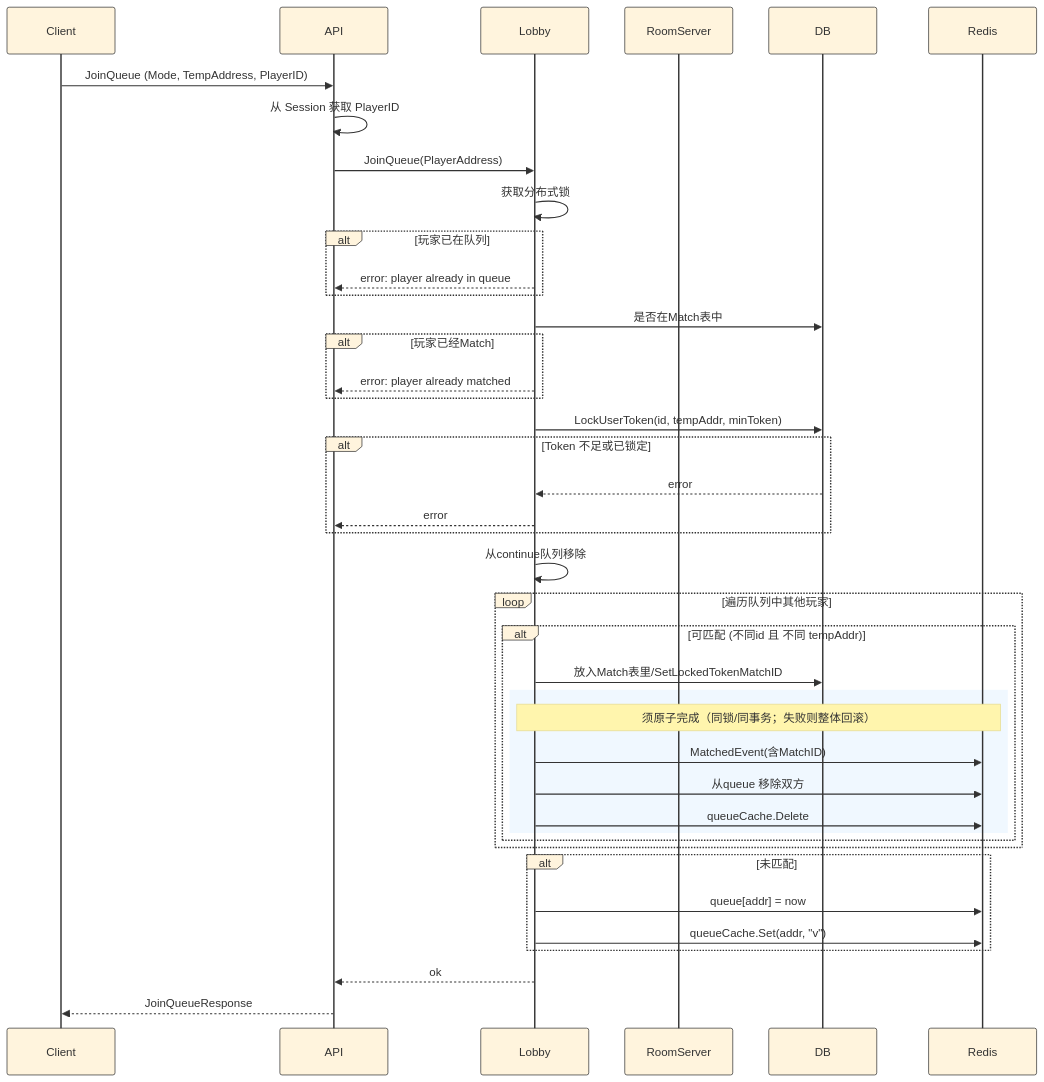
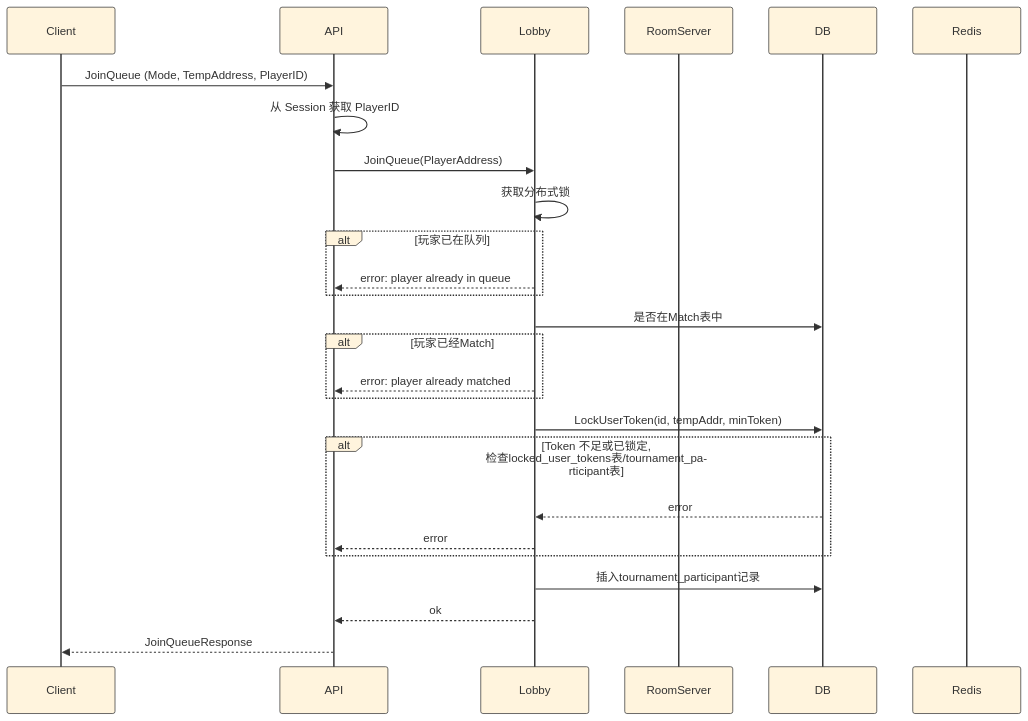
One commit to CryptoElementals/ElementalsAPI changed the first of 6 diagrams in docs/design/pvp-flow.md. Above: the diagram before and after it, drawn with Mermaid. The commit also changed other lines of this file and 3 other files, not shown here.

Commit message:
docs: add tournament-flow

````diff
--- a/docs/design/pvp-flow.md
+++ b/docs/design/pvp-flow.md
@@ -5,52 +5,35 @@
 ```mermaid
 %%{init: {'theme': 'base', 'themeVariables': {'lineColor':'#333','primaryBorderColor':'#333','primaryTextColor':'#333','secondaryBorderColor':'#333','tertiaryBorderColor':'#333'}}}%%
 sequenceDiagram
     participant Client
     participant API
     participant Lobby
     participant RoomServer
     participant DB
     participant Redis
 
     Client->>API: JoinQueue (Mode, TempAddress, PlayerID)
     API->>API: 从 Session 获取 PlayerID
     API->>Lobby: JoinQueue(PlayerAddress)
     Lobby->>Lobby: 获取分布式锁
 
     alt 玩家已在队列
         Lobby-->>API: error: player already in queue
     end
 
     Lobby->>DB: 是否在Match表中
     alt 玩家已经Match
         Lobby-->>API: error: player already matched
     end
 
     Lobby->>DB: LockUserToken(id, tempAddr, minToken)
-    alt Token 不足或已锁定
+    alt Token 不足或已锁定, 检查locked_user_tokens表/tournament_participant表
         DB-->>Lobby: error
         Lobby-->>API: error
     end
 
-    Lobby->>Lobby: 从continue队列移除
-
-    loop 遍历队列中其他玩家
-        alt 可匹配 (不同id 且 不同 tempAddr)
-            Lobby->>DB: 放入Match表里/SetLockedTokenMatchID 
-            rect rgb(240, 248, 255)
-                Note over Lobby,Redis: 须原子完成（同锁/同事务；失败则整体回滚）
-                Lobby->>Redis: MatchedEvent(含MatchID)
-                Lobby->>Redis: 从queue 移除双方
-                Lobby->>Redis: queueCache.Delete
-            end
-        end
-    end
-
-    alt 未匹配
-        Lobby->>Redis: queue[addr] = now
-        Lobby->>Redis: queueCache.Set(addr, "v")
-    end
+    Lobby->>DB: 插入tournament_participant记录
 
     Lobby-->>API: ok
     API-->>Client: JoinQueueResponse
 ```
````
